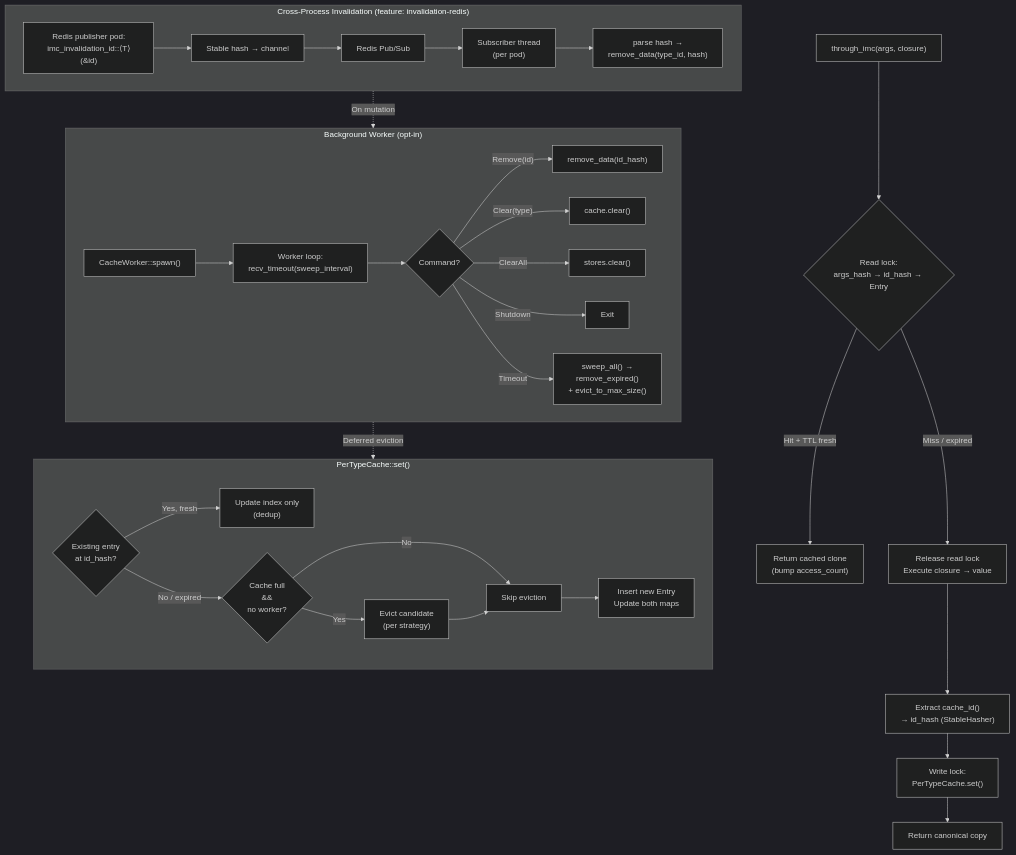
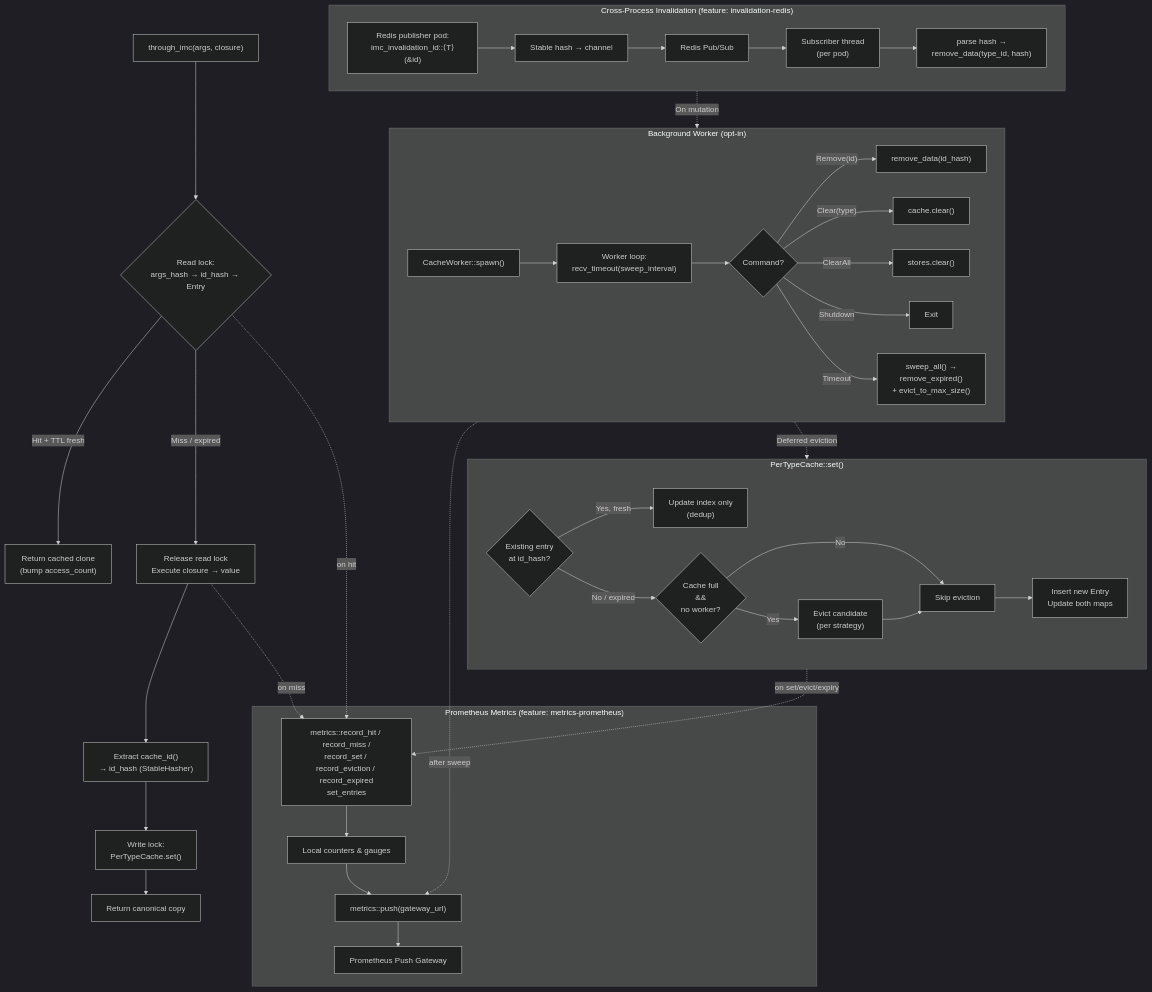
Before and after one commit to gaurav1704/rust-imc: the diagram in README.md, drawn with Mermaid (dark theme). The commit also changed other lines of this file, not shown here.

Commit message:
Add Prometheus metrics section + mermaid diagram integration to README

````diff
--- a/README.md
+++ b/README.md
@@ -81,39 +81,50 @@
 ```mermaid
 flowchart TD
     A["through_imc(args, closure)"] --> B{"Read lock:<br/>args_hash → id_hash → Entry"}
     B -->|"Hit + TTL fresh"| C["Return cached clone<br/>(bump access_count)"]
     B -->|"Miss / expired"| D["Release read lock<br/>Execute closure → value"]
     D --> E["Extract cache_id()<br/>→ id_hash (StableHasher)"]
     E --> F["Write lock:<br/>PerTypeCache.set()"]
 
     subgraph G["PerTypeCache::set()"]
         H{"Existing entry<br/>at id_hash?"} -->|"Yes, fresh"| I["Update index only<br/>(dedup)"]
         H -->|"No / expired"| J{"Cache full<br/>&&<br/>no worker?"}
         J -->|"Yes"| K["Evict candidate<br/>(per strategy)"]
         J -->|"No"| L["Skip eviction"]
         K --> L
         L --> M["Insert new Entry<br/>Update both maps"]
     end
 
     F --> N["Return canonical copy"]
 
     subgraph O["Background Worker (opt-in)"]
         P["CacheWorker::spawn()"] --> Q["Worker loop:<br/>recv_timeout(sweep_interval)"]
         Q --> R{"Command?"}
         R -->|"Remove(id)"| S["remove_data(id_hash)"]
         R -->|"Clear(type)"| T["cache.clear()"]
         R -->|"ClearAll"| U["stores.clear()"]
         R -->|"Shutdown"| V["Exit"]
         R -->|"Timeout"| W["sweep_all() →<br/>remove_expired()<br/>+ evict_to_max_size()"]
     end
 
     subgraph X["Cross-Process Invalidation (feature: invalidation-redis)"]
         Y["Redis publisher pod:<br/>imc_invalidation_id::⟨T⟩(&id)"] --> Z["Stable hash → channel"]
         Z --> AA["Redis Pub/Sub"]
         AA --> AB["Subscriber thread<br/>(per pod)"]
         AB --> AC["parse hash →<br/>remove_data(type_id, hash)"]
     end
 
+    subgraph PD["Prometheus Metrics (feature: metrics-prometheus)"]
+        PE["metrics::record_hit / record_miss /<br/>record_set / record_eviction / record_expired<br/>set_entries"] --> PF["Local counters & gauges"]
+        PF --> PG["metrics::push(gateway_url)"]
+        PG --> PH["Prometheus Push Gateway"]
+    end
+
+    B -.->|"on hit"| PE
+    D -.->|"on miss"| PE
+    G -.->|"on set/evict/expiry"| PE
+    O -.->|"after sweep"| PG
+
     O -.->|"Deferred eviction"| G
     X -.->|"On mutation"| O
 ```
````
